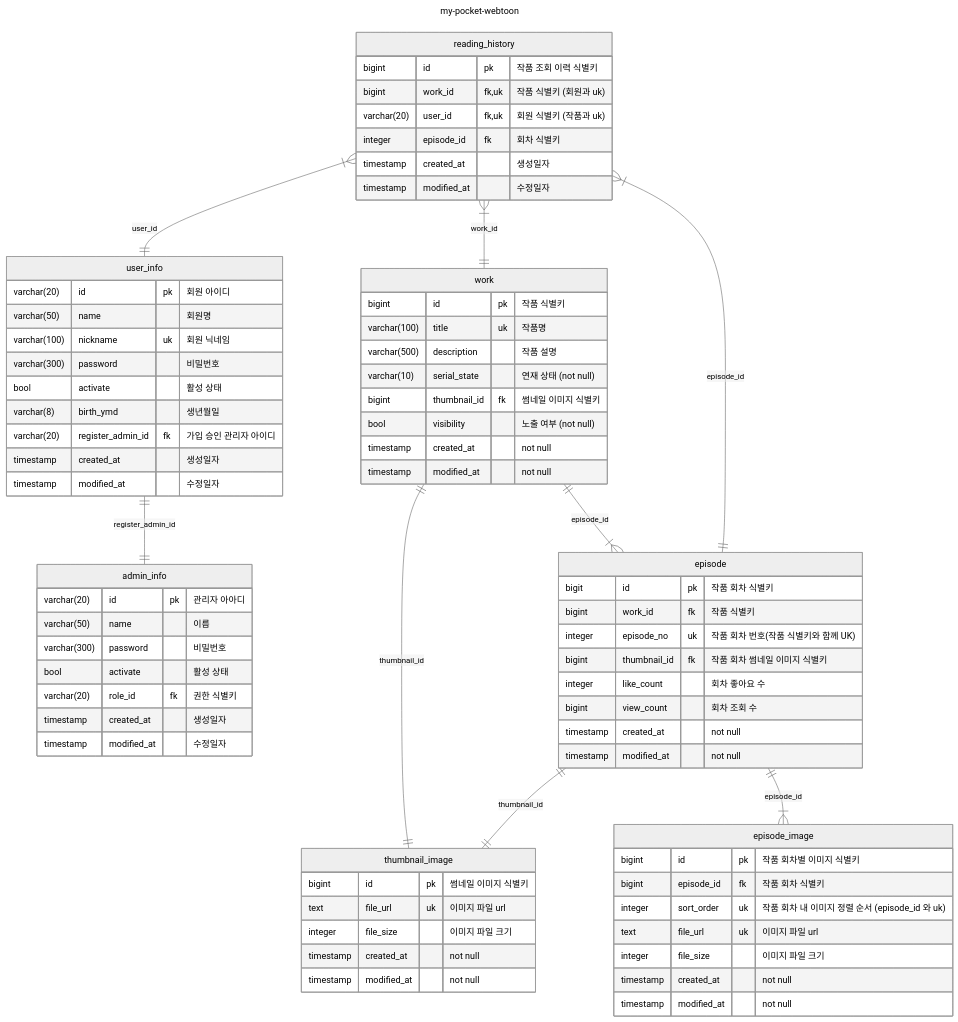
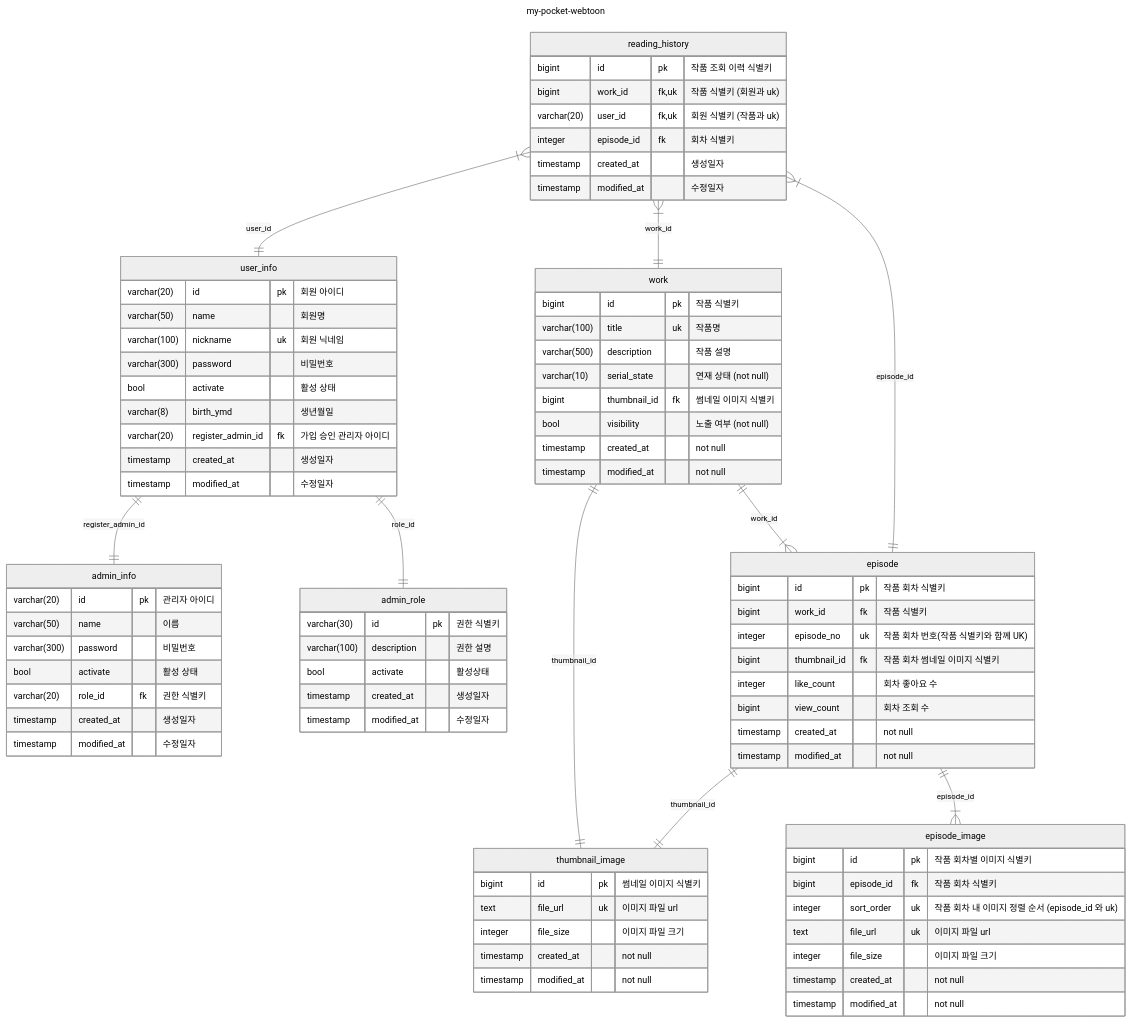
The diagram in admin-api/README.md (GuardJo/my-pocket-webtoon-admin), drawn with Mermaid (neutral theme) before and after one commit. The commit also changed other lines of this file and 1 other file, not shown here.

Commit message:
[BO] #2 PR(#4) 피드백 반영
- 오타 수정 및 누락 테이블 구성 추가

````diff
--- a/admin-api/README.md
+++ b/admin-api/README.md
@@ -20,83 +23,90 @@
 title: my-pocket-webtoon
 ---
 erDiagram
+    admin_info {
+varchar(20) id pk "관리자 아이디"
+varchar(50) name "이름"
+varchar(300) password "비밀번호"
+bool activate "활성 상태"
+varchar(20) role_id fk "권한 식별키"
+timestamp created_at "생성일자"
+timestamp modified_at "수정일자"
+}
 
-
-admin_info {
-    varchar(20) id pk "관리자 아아디"
-    varchar(50) name "이름"
-    varchar(300) password "비밀번호"
-    bool activate "활성 상태"
-    varchar(20) role_id fk "권한 식별키"
-    timestamp created_at "생성일자"
-    timestamp modified_at "수정일자"
+admin_role {
+varchar(30) id pk "권한 식별키"
+varchar(100) description "권한 설명"
+bool activate "활성상태"
+timestamp created_at "생성일자"
+timestamp modified_at "수정일자"
 }
 user_info {
-    varchar(20) id pk "회원 아이디"
-    varchar(50) name "회원명"
-    varchar(100) nickname uk "회원 닉네임"
-    varchar(300) password "비밀번호"
-    bool activate "활성 상태"
-    varchar(8) birth_ymd "생년월일"
-    varchar(20) register_admin_id fk "가입 승인 관리자 아이디"
-    timestamp created_at "생성일자"
-    timestamp modified_at "수정일자"
+varchar(20) id pk "회원 아이디"
+varchar(50) name "회원명"
+varchar(100) nickname uk "회원 닉네임"
+varchar(300) password "비밀번호"
+bool activate "활성 상태"
+varchar(8) birth_ymd "생년월일"
+varchar(20) register_admin_id fk "가입 승인 관리자 아이디"
+timestamp created_at "생성일자"
+timestamp modified_at "수정일자"
 }
 
 work {
-    bigint id pk "작품 식별키"
-    varchar(100) title uk "작품명"
-    varchar(500) description "작품 설명"
-    varchar(10) serial_state "연재 상태 (not null)"
-    bigint thumbnail_id fk "썸네일 이미지 식별키"
-    bool visibility "노출 여부 (not null)"
-    timestamp created_at "not null"
-    timestamp modified_at "not null"
+bigint id pk "작품 식별키"
+varchar(100) title uk "작품명"
+varchar(500) description "작품 설명"
+varchar(10) serial_state "연재 상태 (not null)"
+bigint thumbnail_id fk "썸네일 이미지 식별키"
+bool visibility "노출 여부 (not null)"
+timestamp created_at "not null"
+timestamp modified_at "not null"
 }
 episode {
-    bigit id pk "작품 회차 식별키"
-    bigint work_id fk "작품 식별키"
-    integer episode_no uk "작품 회차 번호(작품 식별키와 함께 UK)"
-    bigint thumbnail_id fk "작품 회차 썸네일 이미지 식별키"
-    integer like_count "회차 좋아요 수"
-    bigint view_count "회차 조회 수"
-    timestamp created_at "not null"
-    timestamp modified_at "not null"
+bigint id pk "작품 회차 식별키"
+bigint work_id fk "작품 식별키"
+integer episode_no uk "작품 회차 번호(작품 식별키와 함께 UK)"
+bigint thumbnail_id fk "작품 회차 썸네일 이미지 식별키"
+integer like_count "회차 좋아요 수"
+bigint view_count "회차 조회 수"
+timestamp created_at "not null"
+timestamp modified_at "not null"
 }
 episode_image {
-    bigint id pk "작품 회차별 이미지 식별키"
-    bigint episode_id fk "작품 회차 식별키"
-    integer sort_order uk "작품 회차 내 이미지 정렬 순서 (episode_id 와 uk)"
-    text file_url uk "이미지 파일 url"
-    integer file_size "이미지 파일 크기"
-    timestamp created_at "not null"
-    timestamp modified_at "not null"
+bigint id pk "작품 회차별 이미지 식별키"
+bigint episode_id fk "작품 회차 식별키"
+integer sort_order uk "작품 회차 내 이미지 정렬 순서 (episode_id 와 uk)"
+text file_url uk "이미지 파일 url"
+integer file_size "이미지 파일 크기"
+timestamp created_at "not null"
+timestamp modified_at "not null"
 }
 thumbnail_image {
-    bigint id pk "썸네일 이미지 식별키"
-    text file_url uk "이미지 파일 url"
-    integer file_size "이미지 파일 크기"
-    timestamp created_at "not null"
-    timestamp modified_at "not null"
+bigint id pk "썸네일 이미지 식별키"
+text file_url uk "이미지 파일 url"
+integer file_size "이미지 파일 크기"
+timestamp created_at "not null"
+timestamp modified_at "not null"
 }
 
 reading_history {
-    bigint id pk "작품 조회 이력 식별키"
-    bigint work_id fk, uk "작품 식별키 (회원과 uk)"
-    varchar(20) user_id fk, uk "회원 식별키 (작품과 uk)"
-    integer episode_id fk "회차 식별키"
-    timestamp created_at "생성일자"
-    timestamp modified_at "수정일자"
+bigint id pk "작품 조회 이력 식별키"
+bigint work_id fk, uk "작품 식별키 (회원과 uk)"
+varchar(20) user_id fk, uk "회원 식별키 (작품과 uk)"
+integer episode_id fk "회차 식별키"
+timestamp created_at "생성일자"
+timestamp modified_at "수정일자"
 }
 
-work ||--|{ episode : "episode_id"
-work ||--|| thumbnail_image : "thumbnail_id"
-episode ||--|| thumbnail_image : "thumbnail_id"
-episode ||--|{ episode_image : "episode_id"
+work ||--|{ episode: "work_id"
+work ||--|| thumbnail_image: "thumbnail_id"
+episode ||--|| thumbnail_image: "thumbnail_id"
+episode ||--|{ episode_image: "episode_id"
 
-user_info ||--|| admin_info : "register_admin_id"
+user_info ||--|| admin_info: "register_admin_id"
+user_info ||--|| admin_role: "role_id"
 
-reading_history }|--|| work : "work_id"
-reading_history }|--|| user_info : "user_id"
-reading_history }|--|| episode : "episode_id"
+reading_history }|--|| work: "work_id"
+reading_history }|--|| user_info: "user_id"
+reading_history }|--|| episode: "episode_id"
 ```
````
